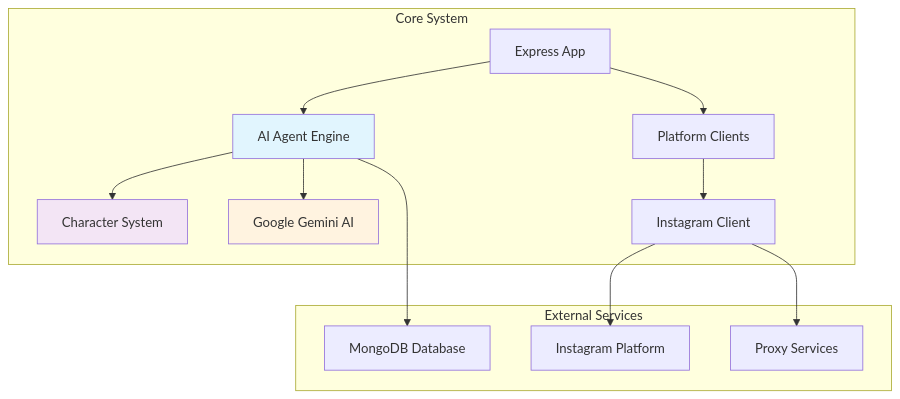
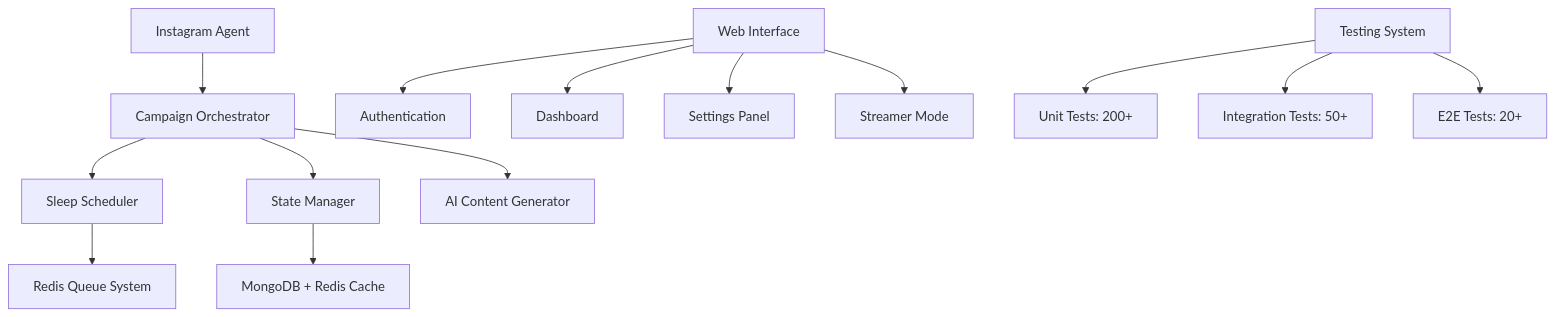
The first of 2 diagrams in docs/index.md (nnamu-cl/Riona-AI-Agent), drawn with Mermaid before and after one commit. The commit also changed other lines of this file and 14 other files, not shown here.

````diff
--- a/docs/index.md
+++ b/docs/index.md
@@ -17,24 +36,18 @@
 ```mermaid
 graph TB
-    subgraph "Core System"
-        A[Express App] --> B[AI Agent Engine]
-        A --> C[Platform Clients]
-        B --> D[Character System]
-        B --> E[Google Gemini AI]
-        C --> F[Instagram Client]
-    end
+    A[Instagram Agent] --> B[Campaign Orchestrator]
+    B --> C[Sleep Scheduler]
+    B --> D[State Manager]
+    C --> E[Redis Queue System]
+    D --> F[MongoDB + Redis Cache]
+    B --> G[AI Content Generator]
     
-    subgraph "External Services"
-        G[Instagram Platform]
-        H[MongoDB Database] 
-        I[Proxy Services]
-    end
+    H[Web Interface] --> I[Authentication]
+    H --> J[Dashboard]
+    H --> K[Settings Panel]
+    H --> L[Streamer Mode]
     
-    F --> G
-    B --> H
-    F --> I
-    
-    style B fill:#e1f5fe
-    style D fill:#f3e5f5
-    style E fill:#fff3e0
+    M[Testing System] --> N[Unit Tests: 200+]
+    M --> O[Integration Tests: 50+]
+    M --> P[E2E Tests: 20+]
 ```
````
